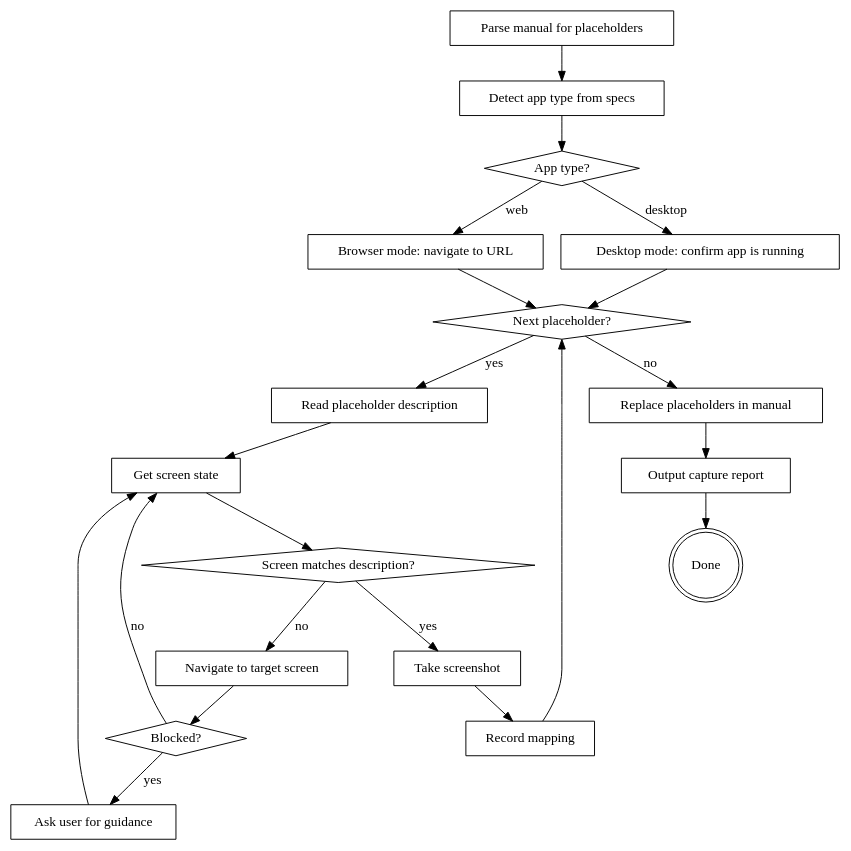
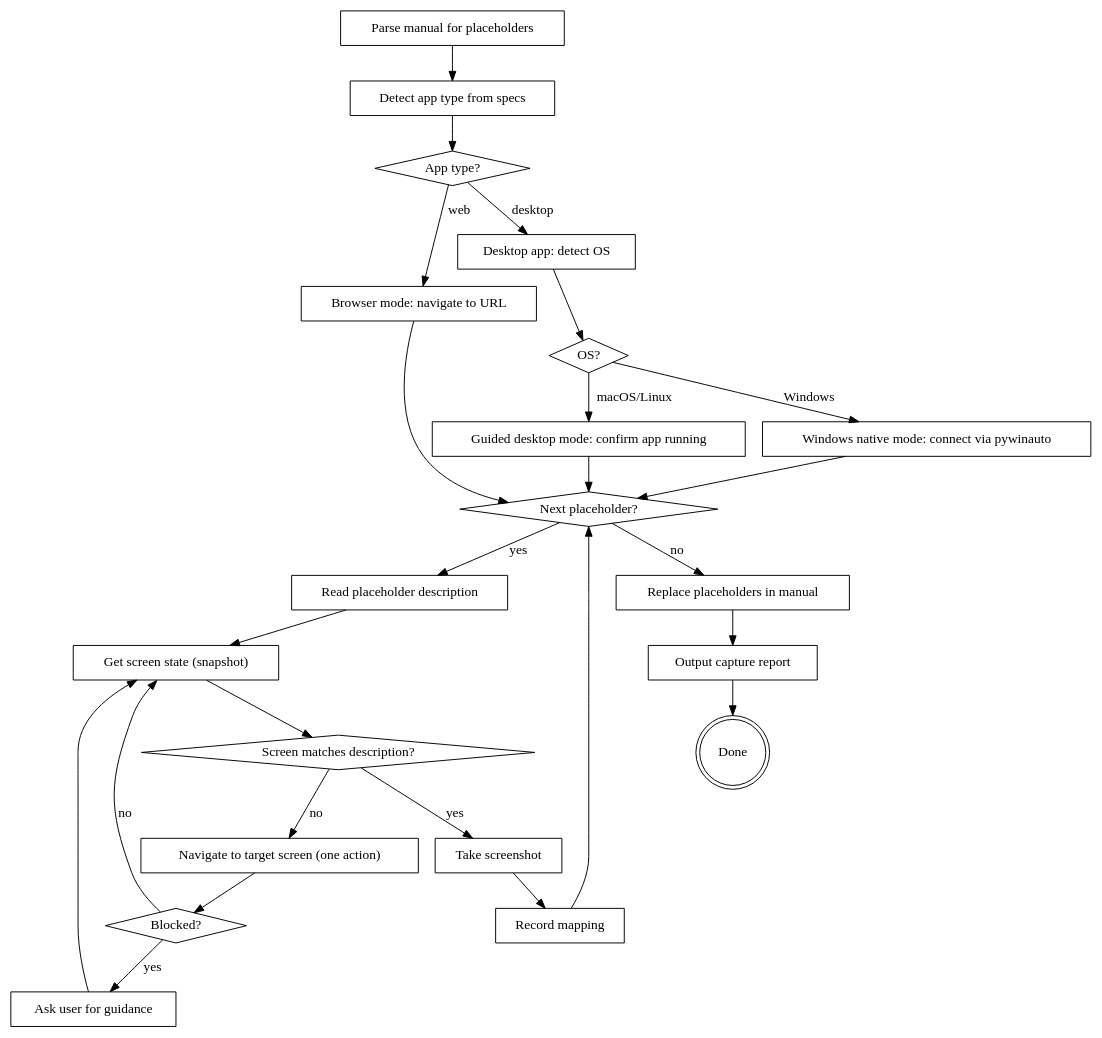
Before and after one commit to wisquest/yanzhi-user-manual-generator: the diagram in skills/auto-capture/SKILL.md, drawn with Graphviz. The commit also changed other lines of this file and 1 other file, not shown here.

First line of the commit message:
feat: enhance auto-capture with Windows native mode (pywinauto) and fix plugin command reference

````diff
--- a/skills/auto-capture/SKILL.md
+++ b/skills/auto-capture/SKILL.md
@@ -55,42 +71,49 @@
 ```dot
 digraph auto_capture {
   "Parse manual for placeholders" [shape=box];
   "Detect app type from specs" [shape=box];
   "App type?" [shape=diamond];
   "Browser mode: navigate to URL" [shape=box];
-  "Desktop mode: confirm app is running" [shape=box];
+  "Desktop app: detect OS" [shape=box];
+  "OS?" [shape=diamond];
+  "Windows native mode: connect via pywinauto" [shape=box];
+  "Guided desktop mode: confirm app running" [shape=box];
   "Next placeholder?" [shape=diamond];
   "Read placeholder description" [shape=box];
-  "Get screen state" [shape=box];
+  "Get screen state (snapshot)" [shape=box];
   "Screen matches description?" [shape=diamond];
-  "Navigate to target screen" [shape=box];
+  "Navigate to target screen (one action)" [shape=box];
   "Blocked?" [shape=diamond];
   "Ask user for guidance" [shape=box];
   "Take screenshot" [shape=box];
   "Record mapping" [shape=box];
   "Replace placeholders in manual" [shape=box];
   "Output capture report" [shape=box];
   "Done" [shape=doublecircle];
 
   "Parse manual for placeholders" -> "Detect app type from specs";
   "Detect app type from specs" -> "App type?";
   "App type?" -> "Browser mode: navigate to URL" [label="web"];
-  "App type?" -> "Desktop mode: confirm app is running" [label="desktop"];
+  "App type?" -> "Desktop app: detect OS" [label="desktop"];
+  "Desktop app: detect OS" -> "OS?";
+  "OS?" -> "Windows native mode: connect via pywinauto" [label="Windows"];
+  "OS?" -> "Guided desktop mode: confirm app running" [label="macOS/Linux"];
   "Browser mode: navigate to URL" -> "Next placeholder?";
-  "Desktop mode: confirm app is running" -> "Next placeholder?";
+  "Windows native mode: connect via pywinauto" -> "Next placeholder?";
+  "Guided desktop mode: confirm app running" -> "Next placeholder?";
   "Next placeholder?" -> "Read placeholder description" [label="yes"];
   "Next placeholder?" -> "Replace placeholders in manual" [label="no"];
-  "Read placeholder description" -> "Get screen state";
-  "Get screen state" -> "Screen matches description?";
+  "Read placeholder description" -> "Get screen state (snapshot)";
+  "Get screen state (snapshot)" -> "Screen matches description?";
   "Screen matches description?" -> "Take screenshot" [label="yes"];
-  "Screen matches description?" -> "Navigate to target screen" [label="no"];
-  "Navigate to target screen" -> "Blocked?";
+  "Screen matches description?" -> "Navigate to target screen (one action)" [label="no"];
+  "Navigate to target screen (one action)" -> "Blocked?";
   "Blocked?" -> "Ask user for guidance" [label="yes"];
-  "Blocked?" -> "Get screen state" [label="no"];
-  "Ask user for guidance" -> "Get screen state";
+  "Blocked?" -> "Get screen state (snapshot)" [label="no"];
+  "Ask user for guidance" -> "Get screen state (snapshot)";
   "Take screenshot" -> "Record mapping";
   "Record mapping" -> "Next placeholder?";
   "Replace placeholders in manual" -> "Output capture report";
   "Output capture report" -> "Done";
 }
 ```
````
